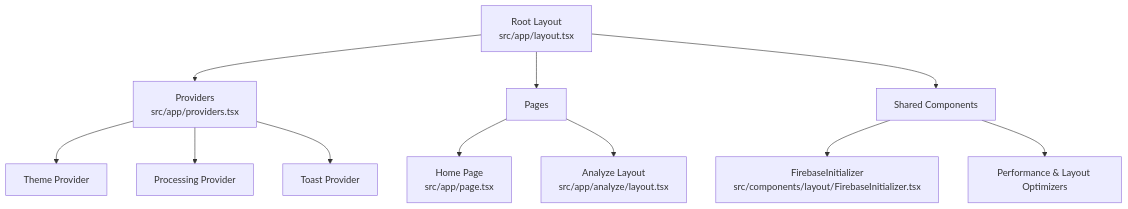
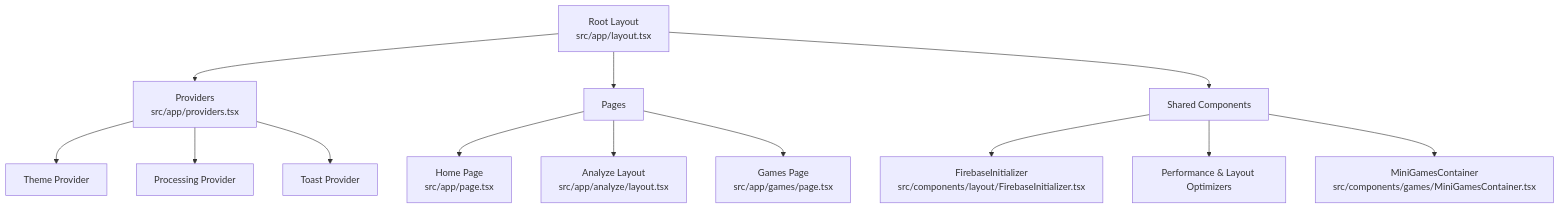
Before and after one commit to ptnghia-j/ChordMiniApp: the first of 8 diagrams in .qoder/repowiki/en/content/Frontend Application/Frontend Application.md, drawn with Mermaid. The commit also changed other lines of this file and 32 other files, not shown here.

````diff
--- a/.qoder/repowiki/en/content/Frontend Application/Frontend Application.md
+++ b/.qoder/repowiki/en/content/Frontend Application/Frontend Application.md
@@ -40,13 +42,15 @@
 ```mermaid
 graph TB
 A["Root Layout<br/>src/app/layout.tsx"] --> B["Providers<br/>src/app/providers.tsx"]
 B --> C["Theme Provider"]
 B --> D["Processing Provider"]
 B --> E["Toast Provider"]
 A --> F["Pages"]
 F --> G["Home Page<br/>src/app/page.tsx"]
 F --> H["Analyze Layout<br/>src/app/analyze/layout.tsx"]
+F --> GM["Games Page<br/>src/app/games/page.tsx"]
 A --> I["Shared Components"]
 I --> J["FirebaseInitializer<br/>src/components/layout/FirebaseInitializer.tsx"]
 I --> K["Performance & Layout Optimizers"]
+I --> MG["MiniGamesContainer<br/>src/components/games/MiniGamesContainer.tsx"]
 ```
````
